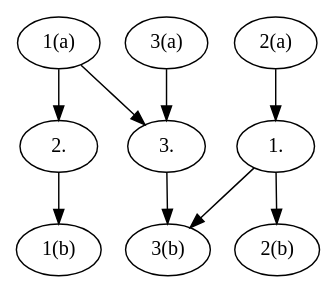
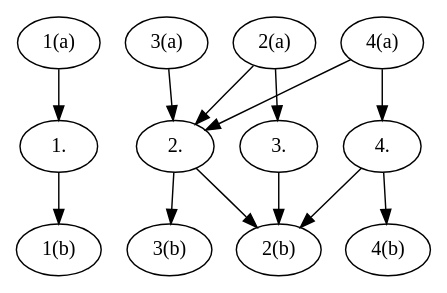
One commit to geniichi/Discrete_Mathematics changed the diagram in Assignments/relations/multig.dot. Above: the diagram before and after it, drawn with Graphviz. The commit also changed 1 other file, not shown here.

```diff
--- a/Assignments/relations/multig.dot
+++ b/Assignments/relations/multig.dot
@@ -1,19 +1,26 @@
 digraph  {
 "1(a)";
+"1.";
+"2(a)";
 "2.";
 "3.";
-"2(a)";
-"1.";
 "3(a)";
+"4(a)";
+"4.";
+"1(b)";
 "2(b)";
 "3(b)";
-"1(b)";
-"1(a)" -> "2."  [key=0];
-"1(a)" -> "3."  [key=0];
-"2." -> "1(b)"  [key=0];
-"3." -> "3(b)"  [key=0];
-"2(a)" -> "1."  [key=0];
-"1." -> "2(b)"  [key=0];
-"1." -> "3(b)"  [key=0];
-"3(a)" -> "3."  [key=0];
+"4(b)";
+"1(a)" -> "1."  [key=0];
+"1." -> "1(b)"  [key=0];
+"2(a)" -> "2."  [key=0];
+"2(a)" -> "3."  [key=0];
+"2." -> "2(b)"  [key=0];
+"2." -> "3(b)"  [key=0];
+"3." -> "2(b)"  [key=0];
+"3(a)" -> "2."  [key=0];
+"4(a)" -> "2."  [key=0];
+"4(a)" -> "4."  [key=0];
+"4." -> "2(b)"  [key=0];
+"4." -> "4(b)"  [key=0];
 }
```
